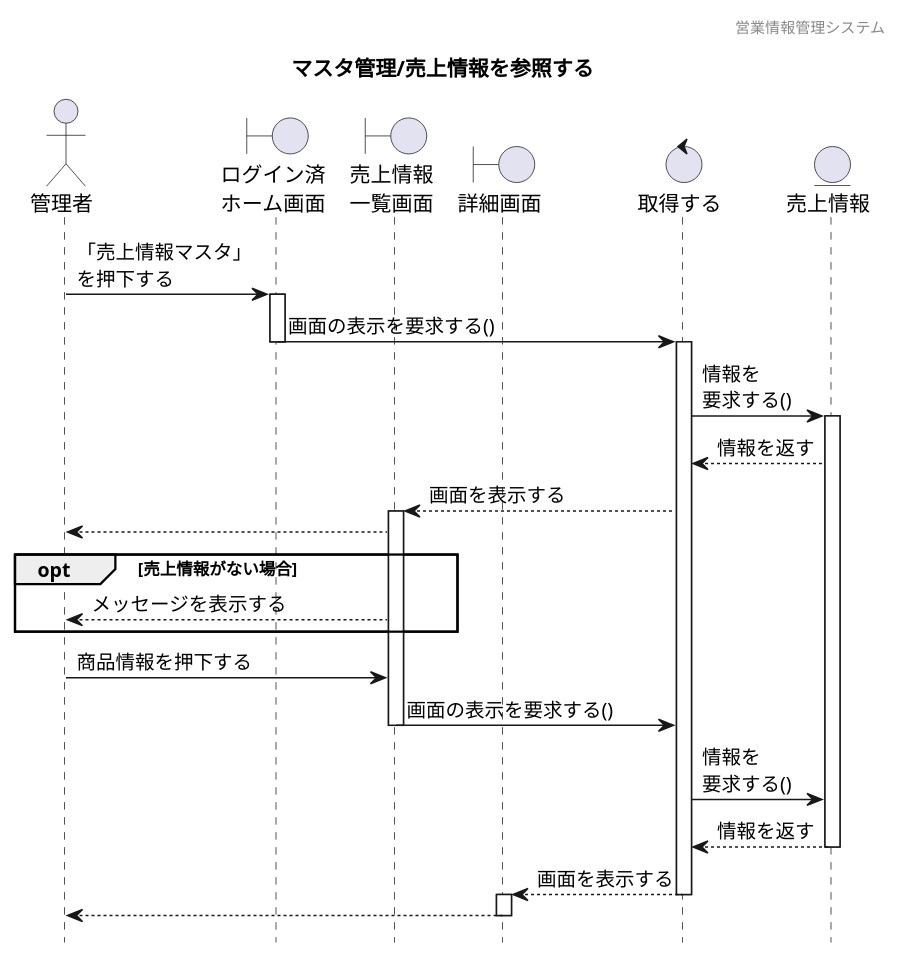
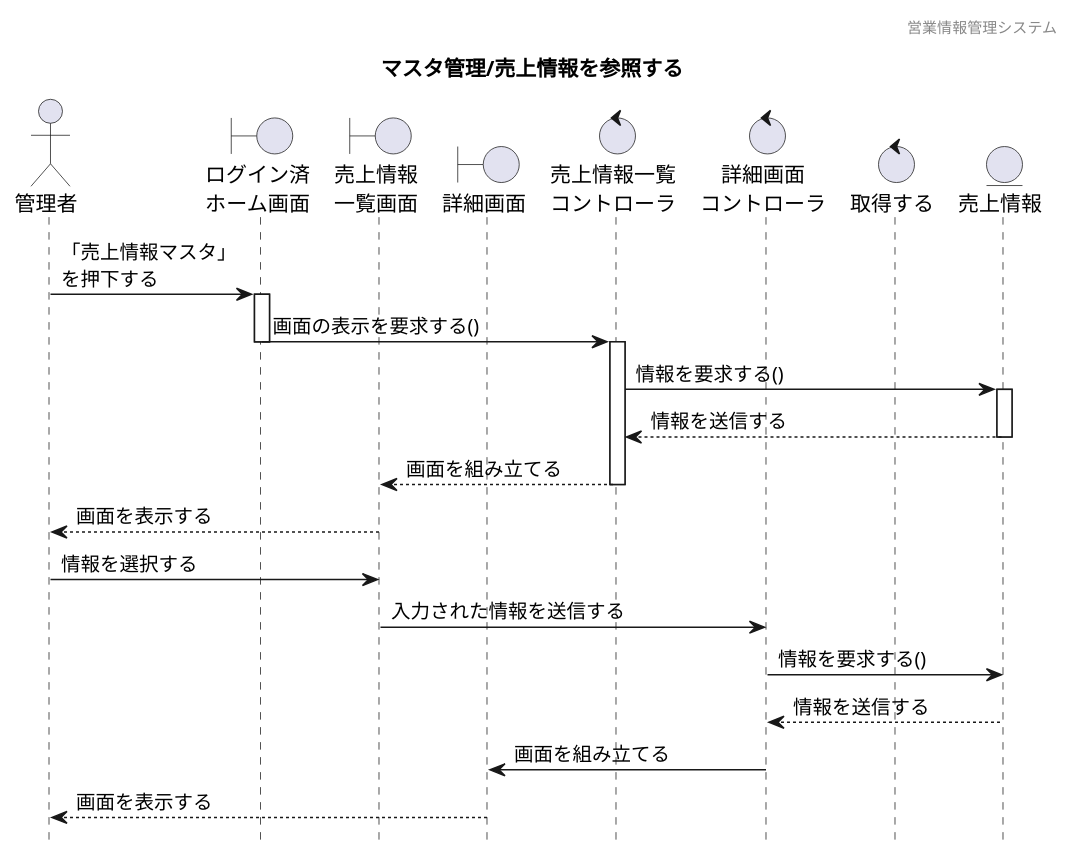
Before and after one commit to HaruShim/Sotuken: the diagram in 各種設計書/4シーケンス図/マスタ管理/6.売上情報マスタ/売上情報管理_参照.plantuml, drawn with PlantUML. The commit also changed 2 other files, not shown here.

```diff
--- a/各種設計書/4シーケンス図/マスタ管理/6.売上情報マスタ/売上情報管理_参照.plantuml
+++ b/各種設計書/4シーケンス図/マスタ管理/6.売上情報マスタ/売上情報管理_参照.plantuml
@@ -1,47 +1,43 @@
 @startuml sequence
 
 hide footbox
 header 営業情報管理システム
 title マスタ管理/売上情報を参照する
 
 ' actor "" as a
 actor "管理者" as a1
 
 ' boundary "" as b
 boundary "ログイン済\nホーム画面" as b1
 boundary "売上情報\n一覧画面" as b2
 boundary "詳細画面" as b3
 
 ' control "" as c
-control "取得する" as c1
+control "売上情報一覧\nコントローラ" as c1
+control "詳細画面\nコントローラ" as c2
+control "取得する" as c3
 
 ' entity "" as e
 entity "売上情報" as e1
 
 a1 -> b1 :「売上情報マスタ」\nを押下する
-activate b1
+activate b1 
 b1 -> c1 : 画面の表示を要求する()
 deactivate b1
 activate c1
-c1 -> e1: 情報を\n要求する()
+c1 -> e1: 情報を要求する()
 activate e1
-e1 --> c1: 情報を返す
-c1 --> b2: 画面を表示する
-activate b2
-b2 --> a1
-opt 売上情報がない場合
-b2 --> a1 : メッセージを表示する
-end
-a1 -> b2 : 商品情報を押下する
-b2 -> c1: 画面の表示を要求する()
-deactivate b2
-c1 -> e1:情報を\n要求する()
-e1 --> c1:情報を返す
+e1 --> c1: 情報を送信する
 deactivate e1
-c1 --> b3:画面を表示する
+c1 --> b2: 画面を組み立てる
 deactivate c1
-activate b3
-b3 --> a1
-deactivate b3
+b2 --> a1 : 画面を表示する
+a1 -> b2 : 情報を選択する
+b2 -> c2 : 入力された情報を送信する
+c2 -> e1 : 情報を要求する()
+e1 --> c2 : 情報を送信する
+c2 -> b3 : 画面を組み立てる
+b3 --> a1 : 画面を表示する
+
 
 @enduml
```
